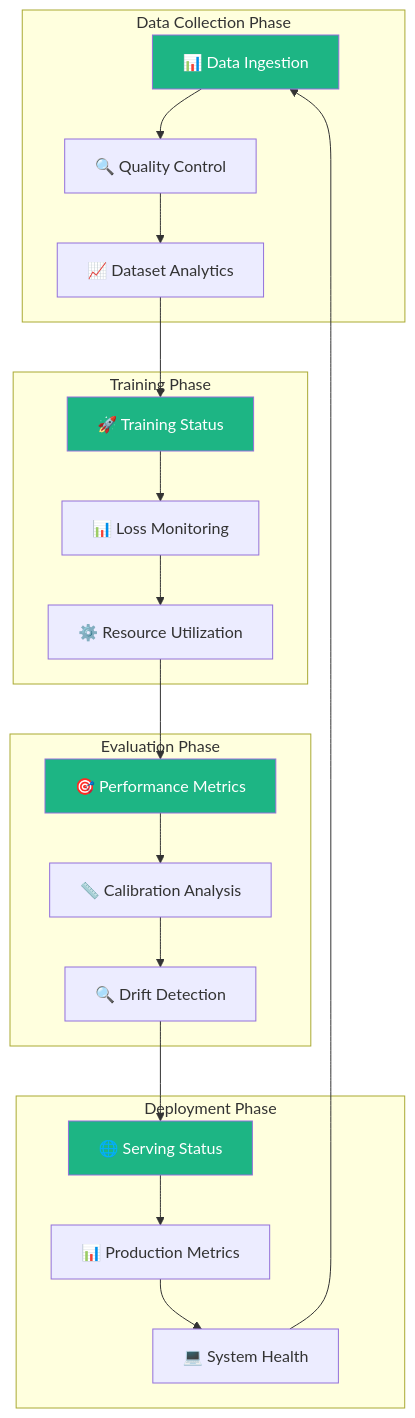
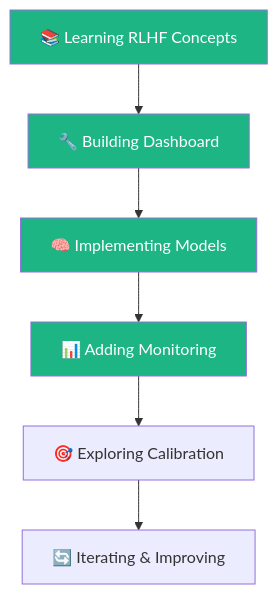
One commit to Yousifus/rlhf_loop_humain changed the diagram in README.md. Above: the diagram before and after it, drawn with Mermaid. The commit also changed other lines of this file, not shown here.

Commit message:
Make README honest: Remove misleading performance metrics, clarify as learning project

````diff
--- a/README.md
+++ b/README.md
@@ -31,32 +33,13 @@
 ```mermaid
 graph TD
-    subgraph "Data Collection Phase"
-        A[📊 Data Ingestion] --> B[🔍 Quality Control]
-        B --> C[📈 Dataset Analytics]
-    end
-    
-    subgraph "Training Phase"
-        D[🚀 Training Status] --> E[📊 Loss Monitoring]
-        E --> F[⚙️ Resource Utilization]
-    end
-    
-    subgraph "Evaluation Phase"
-        G[🎯 Performance Metrics] --> H[📏 Calibration Analysis]
-        H --> I[🔍 Drift Detection]
-    end
-    
-    subgraph "Deployment Phase"
-        J[🌐 Serving Status] --> K[📊 Production Metrics]
-        K --> L[💻 System Health]
-    end
-    
-    C --> D
-    F --> G
-    I --> J
-    L --> A
+    A[📚 Learning RLHF Concepts] --> B[🔧 Building Dashboard]
+    B --> C[🧠 Implementing Models]
+    C --> D[📊 Adding Monitoring]
+    D --> E[🎯 Exploring Calibration]
+    E --> F[🔄 Iterating & Improving]
     
     style A fill:#1DB584,color:#fff
+    style B fill:#1DB584,color:#fff
+    style C fill:#1DB584,color:#fff
     style D fill:#1DB584,color:#fff
-    style G fill:#1DB584,color:#fff
-    style J fill:#1DB584,color:#fff
 ```
````
